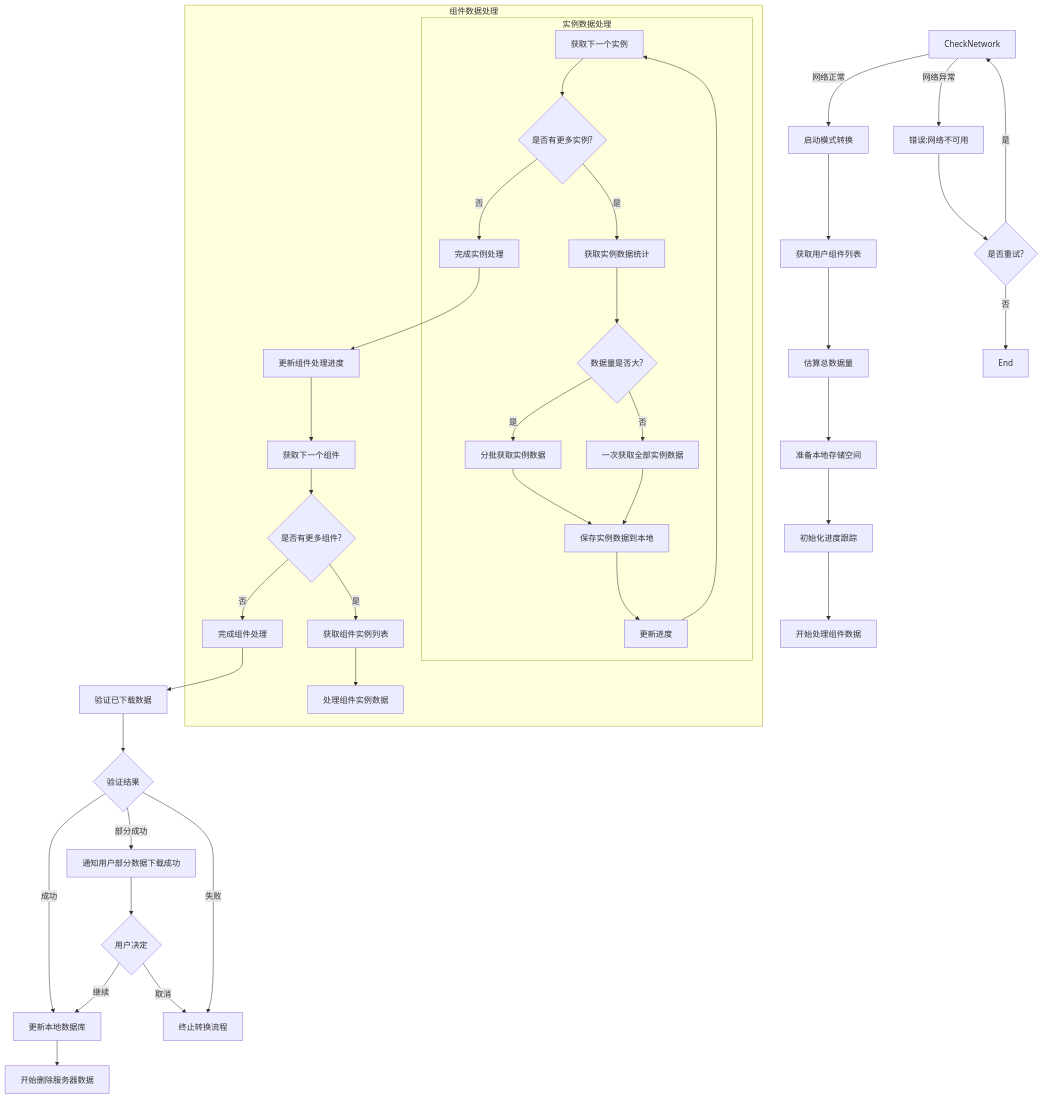
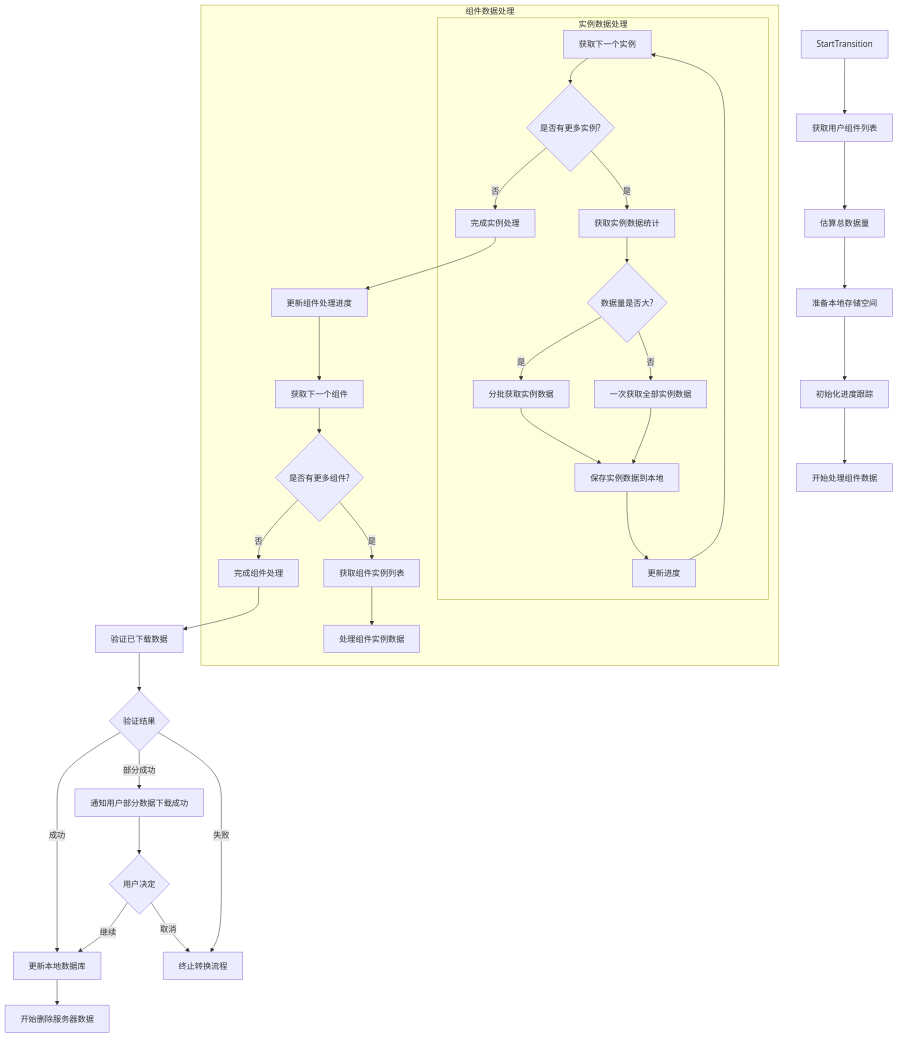
Before and after one commit to yingjianzh/iodraw-files: the diagram in all/未命名-49.md, drawn with Mermaid.

Commit message:
2025-05-07 17:52:14 update

````diff
--- a/all/未命名-49.md
+++ b/all/未命名-49.md
@@ -1,52 +1,46 @@
 ```mermaid
 flowchart TD
 
-    
-    CheckNetwork -->|网络正常| StartTransition[启动模式转换]
-    CheckNetwork -->|网络异常| Error2[错误:网络不可用]
-    Error2 --> RetryCheck{是否重试?}
-    RetryCheck -->|是| CheckNetwork
-    RetryCheck -->|否| End
     
     StartTransition --> GetComponentList[获取用户组件列表]
     GetComponentList --> EstimateDataSize[估算总数据量]
     EstimateDataSize --> PrepareLocalStorage[准备本地存储空间]
     PrepareLocalStorage --> InitializeProgress[初始化进度跟踪]
     
     InitializeProgress --> ProcessComponents[开始处理组件数据]
     
     subgraph ComponentProcessing [组件数据处理]
         A[获取下一个组件] --> B{是否有更多组件?}
         B -->|否| ExitComponentLoop[完成组件处理]
         B -->|是| C[获取组件实例列表]
         C --> D[处理组件实例数据]
         
         subgraph InstanceProcessing [实例数据处理]
             D1[获取下一个实例] --> D2{是否有更多实例?}
             D2 -->|否| D8[完成实例处理]
             D2 -->|是| D3[获取实例数据统计]
             D3 --> D4{数据量是否大?}
             D4 -->|是| D5[分批获取实例数据]
             D4 -->|否| D6[一次获取全部实例数据]
             D5 --> D7[保存实例数据到本地]
             D6 --> D7
             D7 --> D9[更新进度]
             D9 --> D1
         end
         
         D8 --> E[更新组件处理进度]
         E --> A
     end
     
     ExitComponentLoop --> ValidateDownloadedData[验证已下载数据]
     ValidateDownloadedData --> ValidationResult{验证结果}
     ValidationResult -->|成功| UpdateLocalDatabase[更新本地数据库]
     ValidationResult -->|部分成功| NotifyPartial[通知用户部分数据下载成功]
     ValidationResult -->|失败| AbortProcess[终止转换流程]
     
     NotifyPartial --> UserDecision{用户决定}
     UserDecision -->|继续| UpdateLocalDatabase
     UserDecision -->|取消| AbortProcess
     
     UpdateLocalDatabase --> StartDeletingServerData[开始删除服务器数据]
 ```
````
